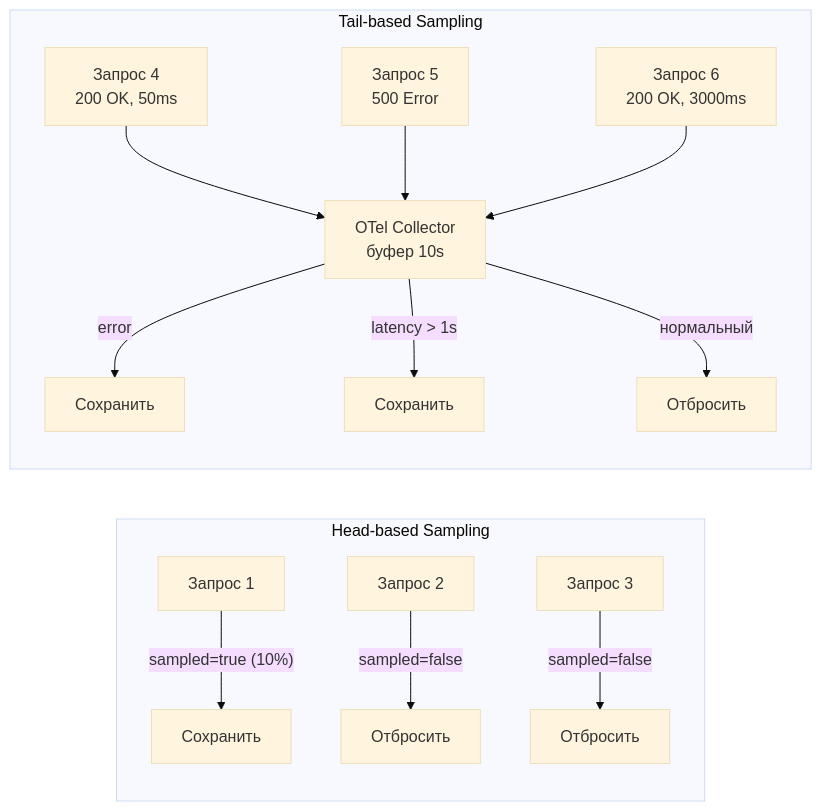
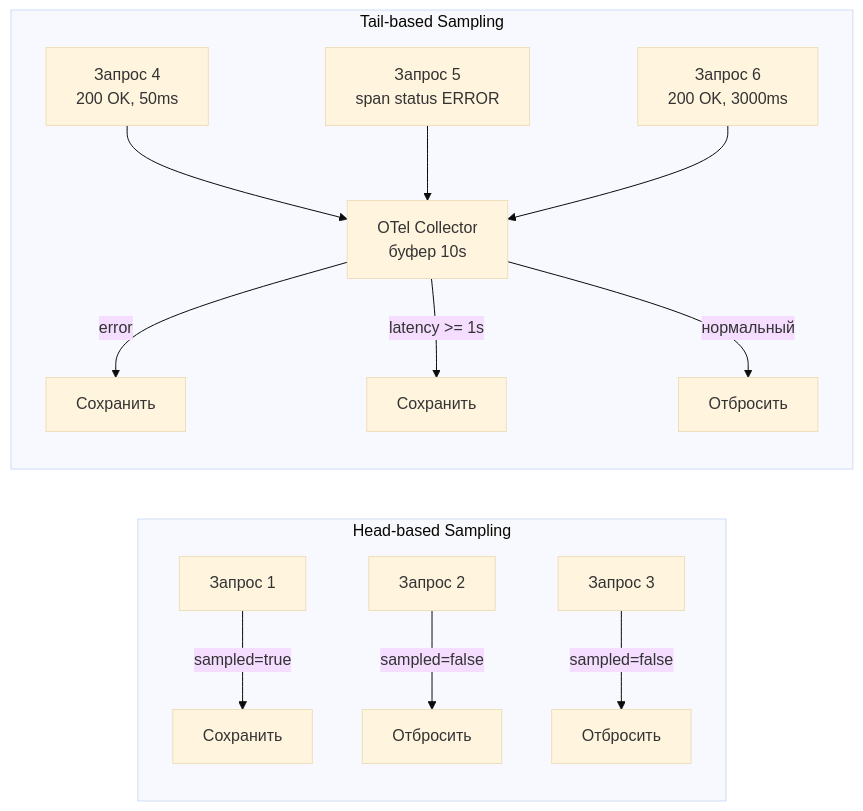
Before and after one commit to akeverus/cheat-sheet: the tenth of 10 diagrams in cheatsheets/interview/monitoring/metrics-tracing-interview.md, drawn with Mermaid (base theme). The commit also changed other lines of this file and 1 other file, not shown here.

````diff
--- a/cheatsheets/interview/monitoring/metrics-tracing-interview.md
+++ b/cheatsheets/interview/monitoring/metrics-tracing-interview.md
@@ -1061,17 +1072,17 @@
 ```mermaid
 graph LR
     subgraph "Head-based Sampling"
-        REQ1["Запрос 1"] --> |"sampled=true (10%)"| SAVE1["Сохранить"]
+        REQ1["Запрос 1"] --> |"sampled=true"| SAVE1["Сохранить"]
         REQ2["Запрос 2"] --> |"sampled=false"| DROP1["Отбросить"]
         REQ3["Запрос 3"] --> |"sampled=false"| DROP2["Отбросить"]
     end
 
     subgraph "Tail-based Sampling"
         REQ4["Запрос 4<br/>200 OK, 50ms"] --> COLL["OTel Collector<br/>буфер 10s"]
-        REQ5["Запрос 5<br/>500 Error"] --> COLL
+        REQ5["Запрос 5<br/>span status ERROR"] --> COLL
         REQ6["Запрос 6<br/>200 OK, 3000ms"] --> COLL
         COLL --> |"error"| SAVE2["Сохранить"]
-        COLL --> |"latency > 1s"| SAVE3["Сохранить"]
+        COLL --> |"latency >= 1s"| SAVE3["Сохранить"]
         COLL --> |"нормальный"| DROP3["Отбросить"]
     end
 ```
````
